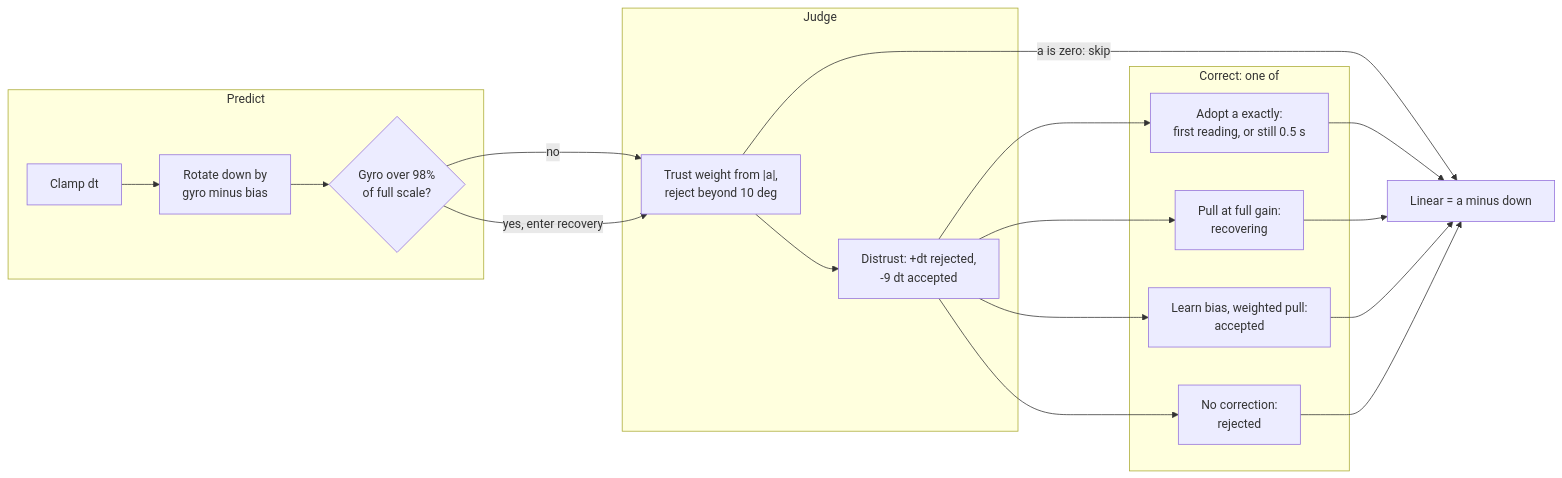
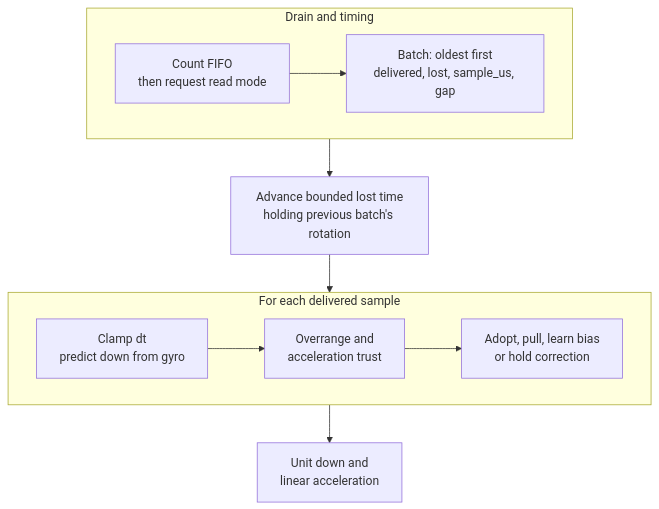
One commit to jose-villegas/autana changed the diagram in docs/input/Gravity.md. Above: the diagram before and after it, drawn with Mermaid. The commit also changed other lines of this file and 15 other files, not shown here.

Commit message:
input: account for FIFO loss and tighten gravity regressions

````diff
--- a/docs/input/Gravity.md
+++ b/docs/input/Gravity.md
@@ -24,27 +27,17 @@
 ```mermaid
-flowchart LR
-    subgraph Predict
-        Clamp["Clamp dt"] --> Rotate["Rotate down by<br/>gyro minus bias"]
-        Rotate --> Range{"Gyro over 98%<br/>of full scale?"}
+flowchart TB
+    subgraph Input["Drain and timing"]
+        direction LR
+        Drain["Count FIFO<br/>then request read mode"] --> Batch["Batch: oldest first<br/>delivered, lost, sample_us, gap"]
     end
-    subgraph Judge
-        Trust["Trust weight from |a|,<br/>reject beyond 10 deg"] --> Count["Distrust: +dt rejected,<br/>-9 dt accepted"]
+    subgraph Update["For each delivered sample"]
+        direction LR
+        Predict["Clamp dt<br/>predict down from gyro"] --> Judge["Overrange and<br/>acceleration trust"]
+        Judge --> Correct["Adopt, pull, learn bias<br/>or hold correction"]
     end
-    subgraph Correct["Correct: one of"]
-        Adopt["Adopt a exactly:<br/>first reading, or still 0.5 s"]
-        Full["Pull at full gain:<br/>recovering"]
-        Track["Learn bias, weighted pull:<br/>accepted"]
-        Hold["No correction:<br/>rejected"]
-    end
-    Range -->|no| Trust
-    Range -->|yes, enter recovery| Trust
-    Trust -->|a is zero: skip| Linear
-    Count --> Adopt
-    Count --> Full
-    Count --> Track
-    Count --> Hold
-    Adopt --> Linear["Linear = a minus down"]
-    Full --> Linear
-    Track --> Linear
-    Hold --> Linear
+    Missing["Advance bounded lost time<br/>holding previous batch's rotation"]
+    Linear["Unit down and<br/>linear acceleration"]
+    Input --> Missing
+    Missing --> Update
+    Update --> Linear
 ```
````
